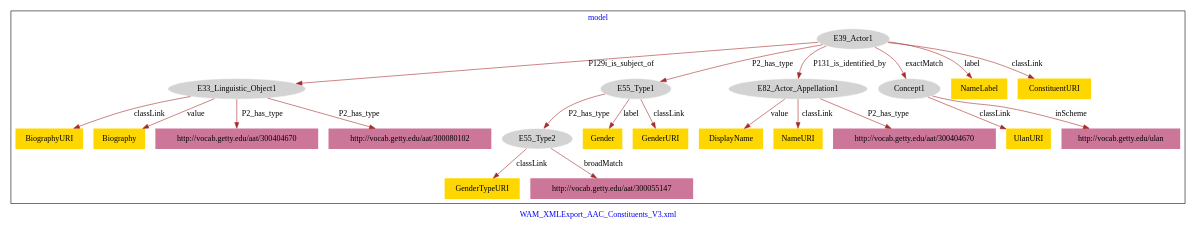
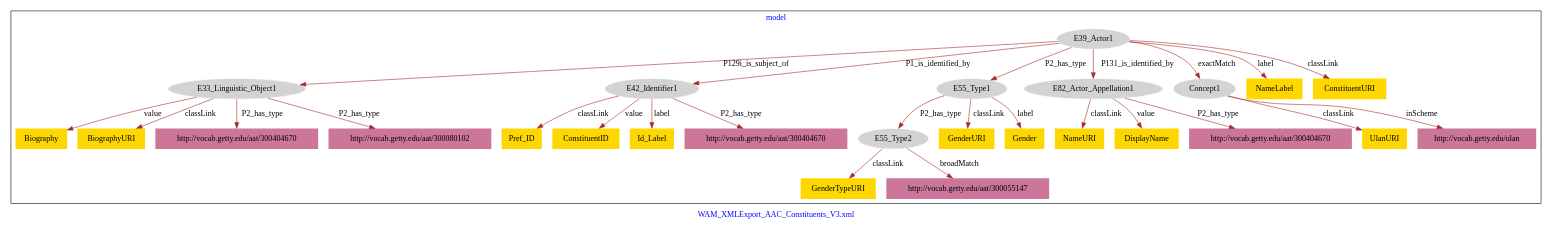
Before and after one commit to american-art/wam: the diagram in WAM_AAC_Constituents_individual/WAM_AAC_Constituents_individual-model.dot, drawn with Graphviz.

Commit message:
Update file WAM_AAC_Constituents_individual-model.dot

```diff
--- a/WAM_AAC_Constituents_individual/WAM_AAC_Constituents_individual-model.dot
+++ b/WAM_AAC_Constituents_individual/WAM_AAC_Constituents_individual-model.dot
@@ -1,49 +1,59 @@
 digraph n0 {
 fontcolor="blue"
 remincross="true"
 label="WAM_XMLExport_AAC_Constituents_V3.xml"
 subgraph cluster {
 label="model"
 n2[style="filled",color="white",fillcolor="lightgray",label="E39_Actor1"];
 n3[style="filled",color="white",fillcolor="lightgray",label="E33_Linguistic_Object1"];
-n4[style="filled",color="white",fillcolor="lightgray",label="E55_Type1"];
-n5[style="filled",color="white",fillcolor="lightgray",label="E82_Actor_Appellation1"];
-n6[style="filled",color="white",fillcolor="lightgray",label="Concept1"];
-n7[style="filled",color="white",fillcolor="lightgray",label="E55_Type2"];
-n8[shape="plaintext",style="filled",fillcolor="gold",label="GenderTypeURI"];
-n9[shape="plaintext",style="filled",fillcolor="gold",label="BiographyURI"];
-n10[shape="plaintext",style="filled",fillcolor="gold",label="UlanURI"];
-n11[shape="plaintext",style="filled",fillcolor="gold",label="DisplayName"];
+n4[style="filled",color="white",fillcolor="lightgray",label="E42_Identifier1"];
+n5[style="filled",color="white",fillcolor="lightgray",label="E55_Type1"];
+n6[style="filled",color="white",fillcolor="lightgray",label="E82_Actor_Appellation1"];
+n7[style="filled",color="white",fillcolor="lightgray",label="Concept1"];
+n8[style="filled",color="white",fillcolor="lightgray",label="E55_Type2"];
+n9[shape="plaintext",style="filled",fillcolor="gold",label="GenderURI"];
+n10[shape="plaintext",style="filled",fillcolor="gold",label="NameLabel"];
+n11[shape="plaintext",style="filled",fillcolor="gold",label="Pref_ID"];
 n12[shape="plaintext",style="filled",fillcolor="gold",label="NameURI"];
-n13[shape="plaintext",style="filled",fillcolor="gold",label="Gender"];
+n13[shape="plaintext",style="filled",fillcolor="gold",label="GenderTypeURI"];
 n14[shape="plaintext",style="filled",fillcolor="gold",label="Biography"];
-n15[shape="plaintext",style="filled",fillcolor="gold",label="NameLabel"];
-n16[shape="plaintext",style="filled",fillcolor="gold",label="ConstituentURI"];
-n17[shape="plaintext",style="filled",fillcolor="gold",label="GenderURI"];
-n18[shape="plaintext",style="filled",fillcolor="#CC7799",label="http://vocab.getty.edu/aat/300404670"];
-n19[shape="plaintext",style="filled",fillcolor="#CC7799",label="http://vocab.getty.edu/aat/300404670"];
-n20[shape="plaintext",style="filled",fillcolor="#CC7799",label="http://vocab.getty.edu/aat/300080102"];
-n21[shape="plaintext",style="filled",fillcolor="#CC7799",label="http://vocab.getty.edu/ulan"];
-n22[shape="plaintext",style="filled",fillcolor="#CC7799",label="http://vocab.getty.edu/aat/300055147"];
+n15[shape="plaintext",style="filled",fillcolor="gold",label="Gender"];
+n16[shape="plaintext",style="filled",fillcolor="gold",label="ConstituentID"];
+n17[shape="plaintext",style="filled",fillcolor="gold",label="Id_Label"];
+n18[shape="plaintext",style="filled",fillcolor="gold",label="UlanURI"];
+n19[shape="plaintext",style="filled",fillcolor="gold",label="ConstituentURI"];
+n20[shape="plaintext",style="filled",fillcolor="gold",label="BiographyURI"];
+n21[shape="plaintext",style="filled",fillcolor="gold",label="DisplayName"];
+n22[shape="plaintext",style="filled",fillcolor="#CC7799",label="http://vocab.getty.edu/aat/300404670"];
+n23[shape="plaintext",style="filled",fillcolor="#CC7799",label="http://vocab.getty.edu/aat/300404670"];
+n24[shape="plaintext",style="filled",fillcolor="#CC7799",label="http://vocab.getty.edu/aat/300080102"];
+n25[shape="plaintext",style="filled",fillcolor="#CC7799",label="http://vocab.getty.edu/aat/300404670"];
+n26[shape="plaintext",style="filled",fillcolor="#CC7799",label="http://vocab.getty.edu/aat/300055147"];
+n27[shape="plaintext",style="filled",fillcolor="#CC7799",label="http://vocab.getty.edu/ulan"];
 }
 n2 -> n3[color="brown",fontcolor="black",label="P129i_is_subject_of"]
-n2 -> n4[color="brown",fontcolor="black",label="P2_has_type"]
-n2 -> n5[color="brown",fontcolor="black",label="P131_is_identified_by"]
-n2 -> n6[color="brown",fontcolor="black",label="exactMatch"]
-n4 -> n7[color="brown",fontcolor="black",label="P2_has_type"]
-n7 -> n8[color="brown",fontcolor="black",label="classLink"]
-n3 -> n9[color="brown",fontcolor="black",label="classLink"]
-n6 -> n10[color="brown",fontcolor="black",label="classLink"]
-n5 -> n11[color="brown",fontcolor="black",label="value"]
-n5 -> n12[color="brown",fontcolor="black",label="classLink"]
-n4 -> n13[color="brown",fontcolor="black",label="label"]
+n2 -> n4[color="brown",fontcolor="black",label="P1_is_identified_by"]
+n2 -> n5[color="brown",fontcolor="black",label="P2_has_type"]
+n2 -> n6[color="brown",fontcolor="black",label="P131_is_identified_by"]
+n2 -> n7[color="brown",fontcolor="black",label="exactMatch"]
+n5 -> n8[color="brown",fontcolor="black",label="P2_has_type"]
+n5 -> n9[color="brown",fontcolor="black",label="classLink"]
+n2 -> n10[color="brown",fontcolor="black",label="label"]
+n4 -> n11[color="brown",fontcolor="black",label="classLink"]
+n6 -> n12[color="brown",fontcolor="black",label="classLink"]
+n8 -> n13[color="brown",fontcolor="black",label="classLink"]
 n3 -> n14[color="brown",fontcolor="black",label="value"]
-n2 -> n15[color="brown",fontcolor="black",label="label"]
-n2 -> n16[color="brown",fontcolor="black",label="classLink"]
-n4 -> n17[color="brown",fontcolor="black",label="classLink"]
-n5 -> n18[color="brown",fontcolor="black",label="P2_has_type"]
-n3 -> n19[color="brown",fontcolor="black",label="P2_has_type"]
-n3 -> n20[color="brown",fontcolor="black",label="P2_has_type"]
-n6 -> n21[color="brown",fontcolor="black",label="inScheme"]
-n7 -> n22[color="brown",fontcolor="black",label="broadMatch"]
+n5 -> n15[color="brown",fontcolor="black",label="label"]
+n4 -> n16[color="brown",fontcolor="black",label="value"]
+n4 -> n17[color="brown",fontcolor="black",label="label"]
+n7 -> n18[color="brown",fontcolor="black",label="classLink"]
+n2 -> n19[color="brown",fontcolor="black",label="classLink"]
+n3 -> n20[color="brown",fontcolor="black",label="classLink"]
+n6 -> n21[color="brown",fontcolor="black",label="value"]
+n6 -> n22[color="brown",fontcolor="black",label="P2_has_type"]
+n3 -> n23[color="brown",fontcolor="black",label="P2_has_type"]
+n3 -> n24[color="brown",fontcolor="black",label="P2_has_type"]
+n4 -> n25[color="brown",fontcolor="black",label="P2_has_type"]
+n8 -> n26[color="brown",fontcolor="black",label="broadMatch"]
+n7 -> n27[color="brown",fontcolor="black",label="inScheme"]
 }
```
